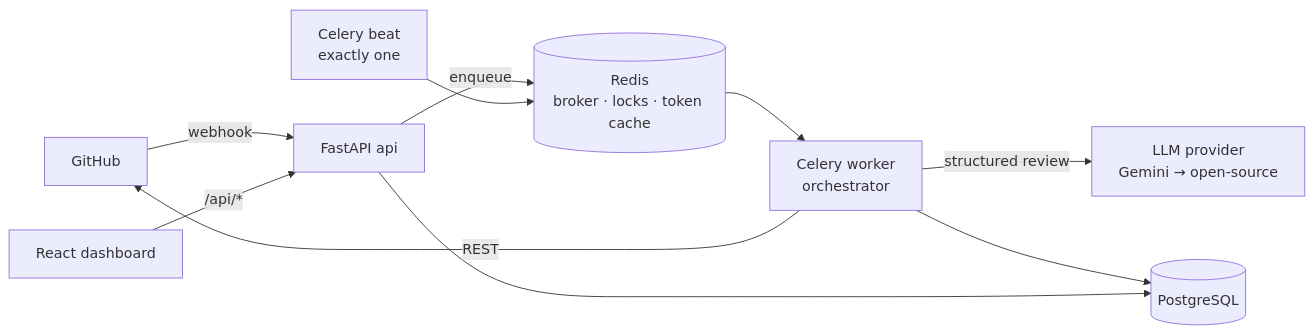
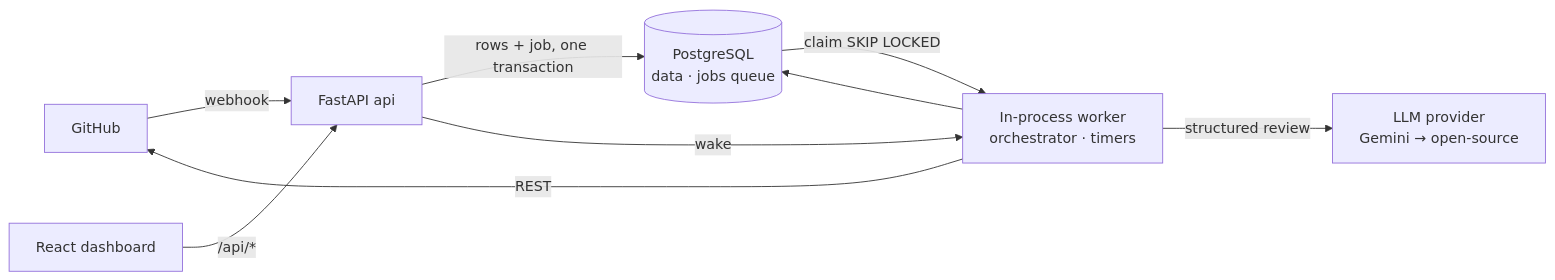
The first of 3 diagrams in docs/architecture.md (Ommadure/ai-pr-reviewer), drawn with Mermaid before and after one commit. The commit also changed other lines of this file and 61 other files, not shown here.

First line of the commit message:
Replace Celery + Redis with a Postgres job queue and an in-process worker

````diff
--- a/docs/architecture.md
+++ b/docs/architecture.md
@@ -5,12 +5,11 @@
 ```mermaid
 flowchart LR
     GH[GitHub] -- webhook --> API[FastAPI api]
     UI[React dashboard] -- /api/* --> API
-    API -- enqueue --> R[(Redis<br/>broker · locks · token cache)]
-    R --> W[Celery worker<br/>orchestrator]
-    B[Celery beat<br/>exactly one] --> R
+    API -- rows + job, one transaction --> PG[(PostgreSQL<br/>data · jobs queue)]
+    API -- wake --> W[In-process worker<br/>orchestrator · timers]
+    PG -- claim SKIP LOCKED --> W
     W -- REST --> GH
     W -- structured review --> LLM[LLM provider<br/>Gemini → open-source]
-    W --> PG[(PostgreSQL)]
-    API --> PG
+    W --> PG
 ```
````
